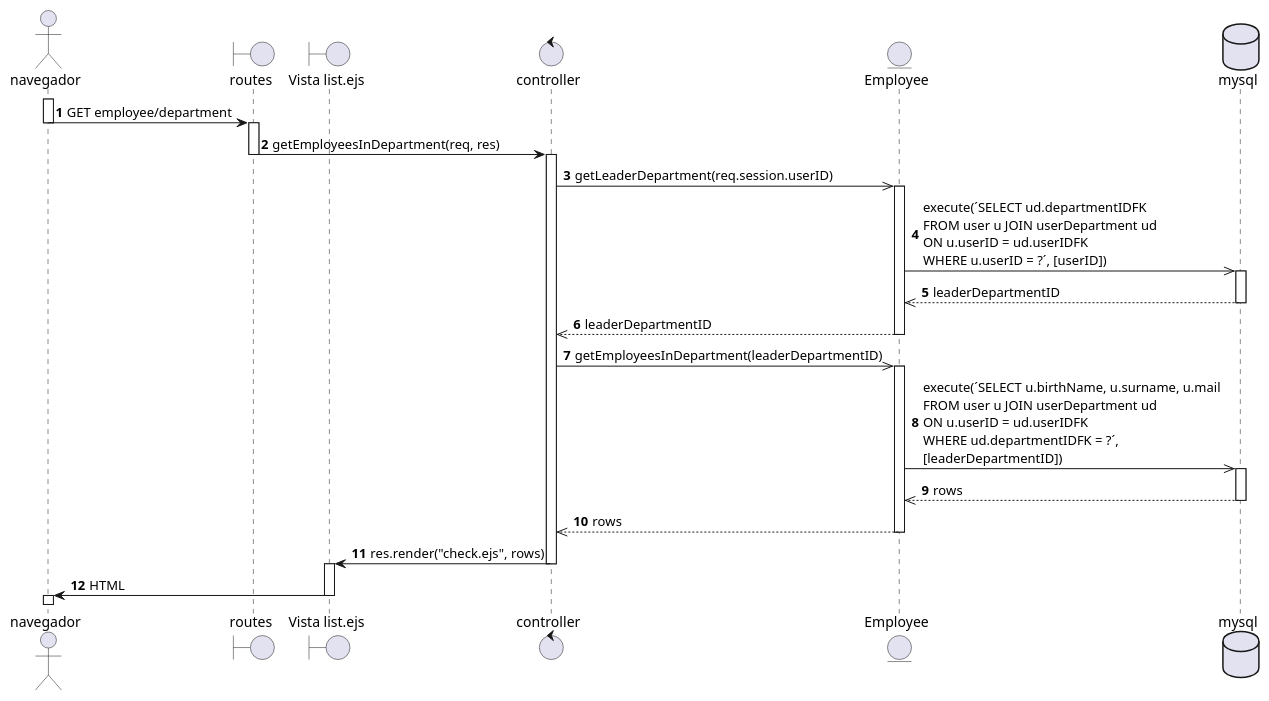
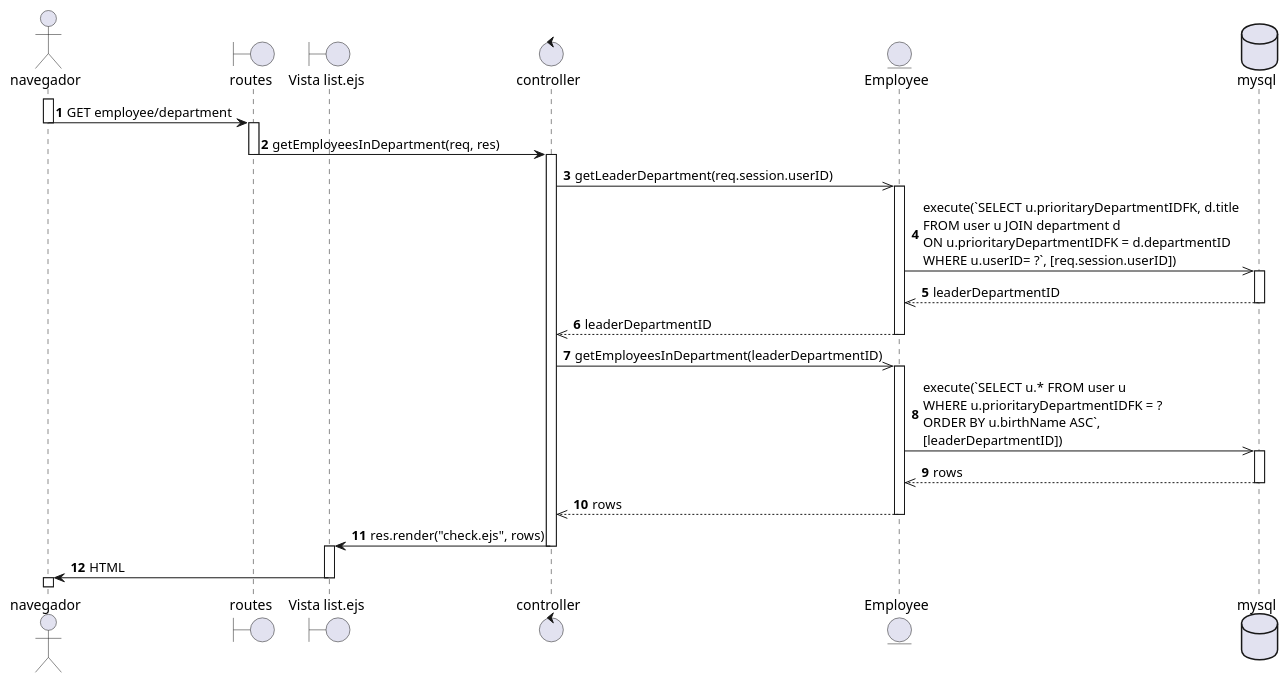
The diagram in diagrams/Casos de Uso/yael req fun/Diagramas de Secuencia/liderConsultaColaboradoresDepartamento.puml (EdCanCe/WorkCells), drawn with PlantUML before and after one commit. The commit also changed 2 other files, not shown here.

Commit message:
Update: Diagrama de secuencia de lider consulta colaboradores en su departamento actualizado

```diff
--- a/diagrams/Casos de Uso/yael req fun/Diagramas de Secuencia/liderConsultaColaboradoresDepartamento.puml
+++ b/diagrams/Casos de Uso/yael req fun/Diagramas de Secuencia/liderConsultaColaboradoresDepartamento.puml
@@ -1,45 +1,45 @@
 @startuml
 
 actor navegador as nav
 boundary routes
 boundary "Vista list.ejs" as list
 control controller
 entity Employee as emp
 database mysql
 
 autonumber
 
 activate nav
 nav -> routes: GET employee/department
 deactivate nav
 activate routes
 routes -> controller: getEmployeesInDepartment(req, res)
 deactivate routes
 
 activate controller  
 controller ->> emp: getLeaderDepartment(req.session.userID)
 activate emp
-emp ->> mysql: execute(´SELECT ud.departmentIDFK \nFROM user u JOIN userDepartment ud \nON u.userID = ud.userIDFK \nWHERE u.userID = ?´, [userID])
+emp ->> mysql: execute(`SELECT u.prioritaryDepartmentIDFK, d.title \nFROM user u JOIN department d \nON u.prioritaryDepartmentIDFK = d.departmentID \nWHERE u.userID= ?`, [req.session.userID])
 activate mysql
 mysql -->> emp: leaderDepartmentID
 deactivate mysql
 emp -->> controller: leaderDepartmentID
 deactivate emp
 
 controller ->> emp: getEmployeesInDepartment(leaderDepartmentID)
 activate emp
-emp ->> mysql: execute(´SELECT u.birthName, u.surname, u.mail \nFROM user u JOIN userDepartment ud \nON u.userID = ud.userIDFK \nWHERE ud.departmentIDFK = ?´, \n[leaderDepartmentID])
+emp ->> mysql: execute(`SELECT u.* FROM user u \nWHERE u.prioritaryDepartmentIDFK = ? \nORDER BY u.birthName ASC`, \n[leaderDepartmentID])
 activate mysql
 mysql -->> emp: rows
 deactivate mysql
 emp -->> controller: rows
 deactivate emp
 controller -> list: res.render("check.ejs", rows)
 deactivate controller
 
 activate list
 list -> nav: HTML
 deactivate list
 activate nav
 
 @enduml
```
